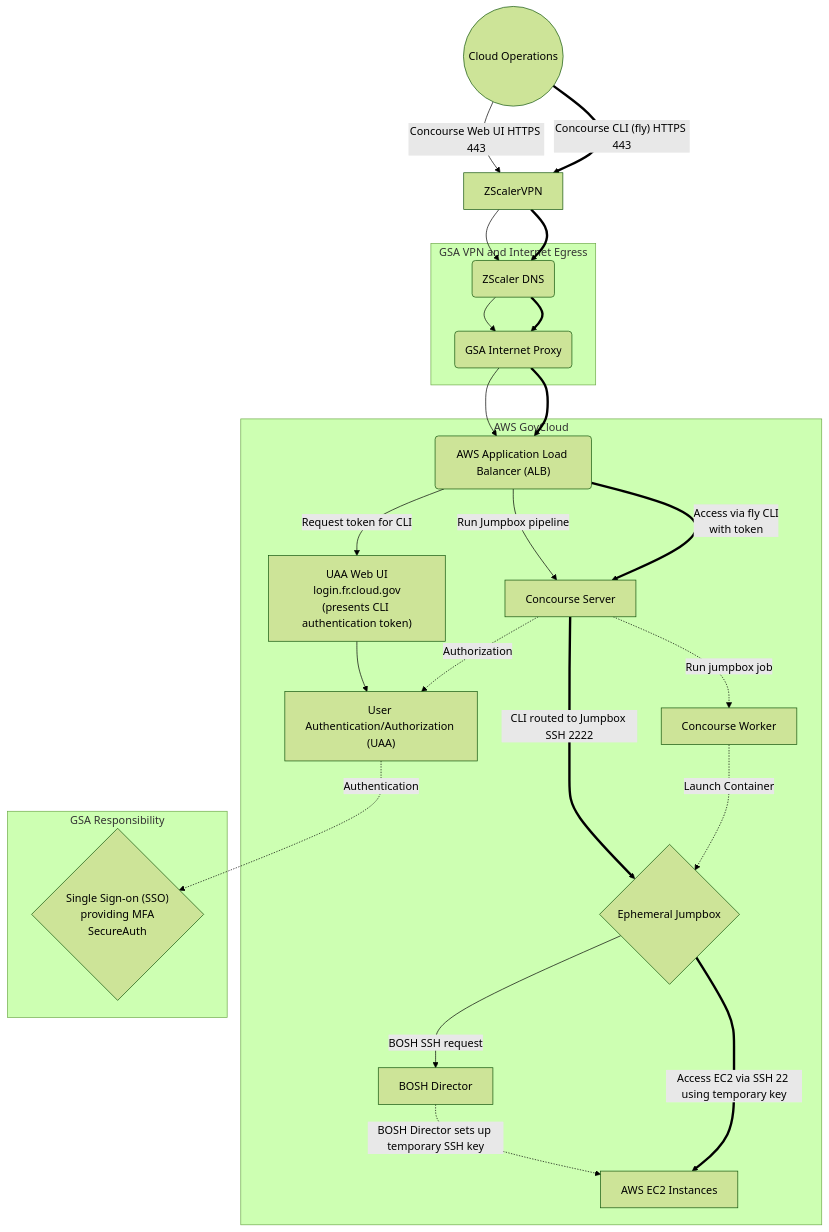
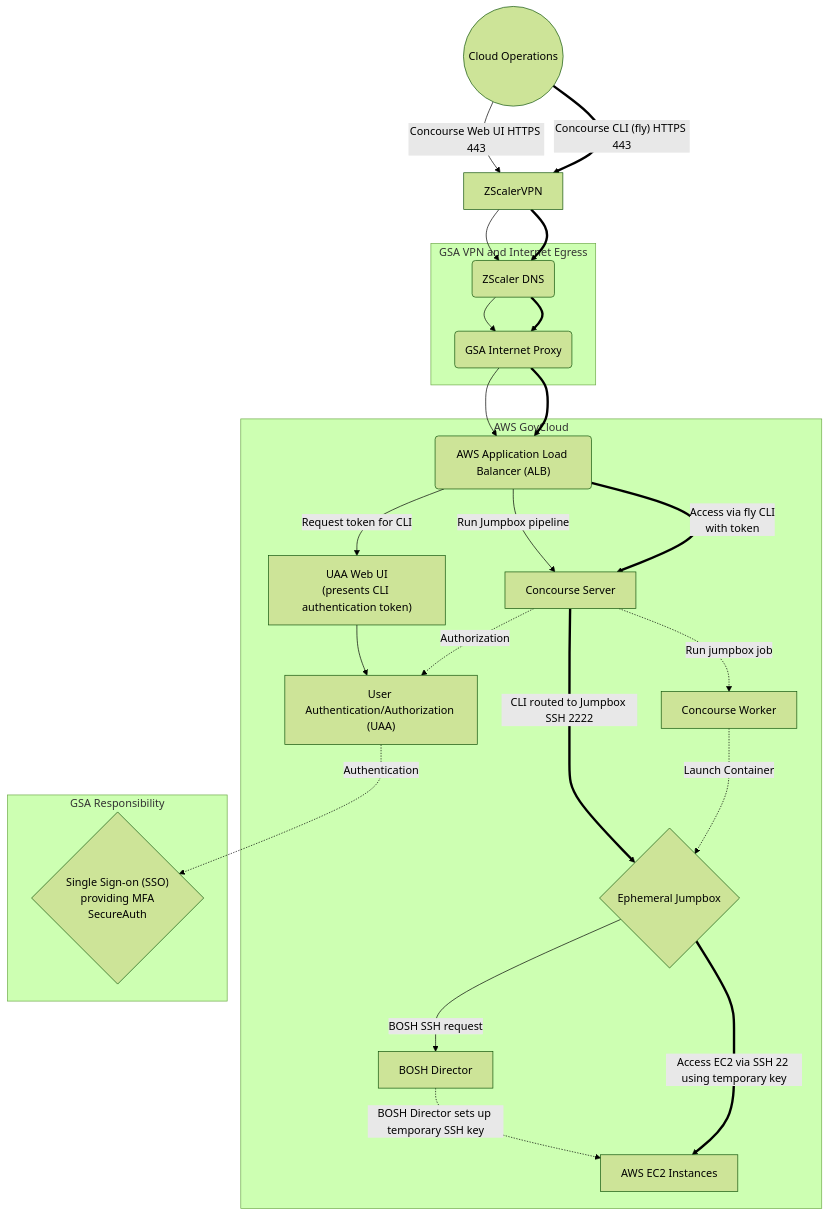
One commit to cloud-gov/system-diagrams changed the diagram in source/diagrams/10-4.2-jumpbox.mmd. Above: the diagram before and after it, drawn with Mermaid (forest theme).

Commit message:
removed incorrect URL

```diff
--- a/source/diagrams/10-4.2-jumpbox.mmd
+++ b/source/diagrams/10-4.2-jumpbox.mmd
@@ -1,37 +1,37 @@
 %% title: 10-4.2 Jumpbox Data Flow
 %% description: Section 10 - System Environment - Figure 10-4.2 Jumpbox Data Flow
 graph TD
 
   subgraph AWS GovCloud
     UAA["User Authentication/Authorization (UAA)"]
     concourse["Concourse Server"]
     worker[Concourse Worker]
     Jumpbox{Ephemeral Jumpbox}
     BOSH[BOSH Director]
     EC2[AWS EC2 Instances]
     ALB("AWS Application Load Balancer (ALB)")
-    opsuaaweb["UAA Web UI<br>login.fr.cloud.gov<br>(presents CLI authentication token)"]
+    opsuaaweb["UAA Web UI<br>(presents CLI authentication token)"]
   end
   subgraph GSA Responsibility
     SAML{"Single Sign-on (SSO)<br>providing MFA<br>SecureAuth"}
   end
   subgraph GSA VPN and Internet Egress
     ZScalerDNS("ZScaler DNS")
     GSAProxy("GSA Internet Proxy")
   end
 
   Ops((Cloud Operations))
 
   Ops--"Concourse Web UI HTTPS 443"-->ZScalerVPN-->ZScalerDNS-->GSAProxy-->ALB
   Ops=="Concourse CLI (fly) HTTPS 443"==>ZScalerVPN==>ZScalerDNS==>GSAProxy==>ALB
   ALB--Run Jumpbox pipeline-->concourse
   ALB==Access via fly CLI<br>with token==>concourse
   concourse==CLI routed to Jumpbox SSH 2222==>Jumpbox
   ALB--Request token for CLI-->opsuaaweb-->UAA
   UAA-.Authentication.->SAML
   concourse-.Authorization.->UAA
   concourse-.Run jumpbox job.->worker
   worker-.Launch Container.->Jumpbox
   Jumpbox--BOSH SSH request-->BOSH
   BOSH-.BOSH Director sets up temporary SSH key.->EC2
   Jumpbox==Access EC2 via SSH 22 using temporary key==>EC2
```
